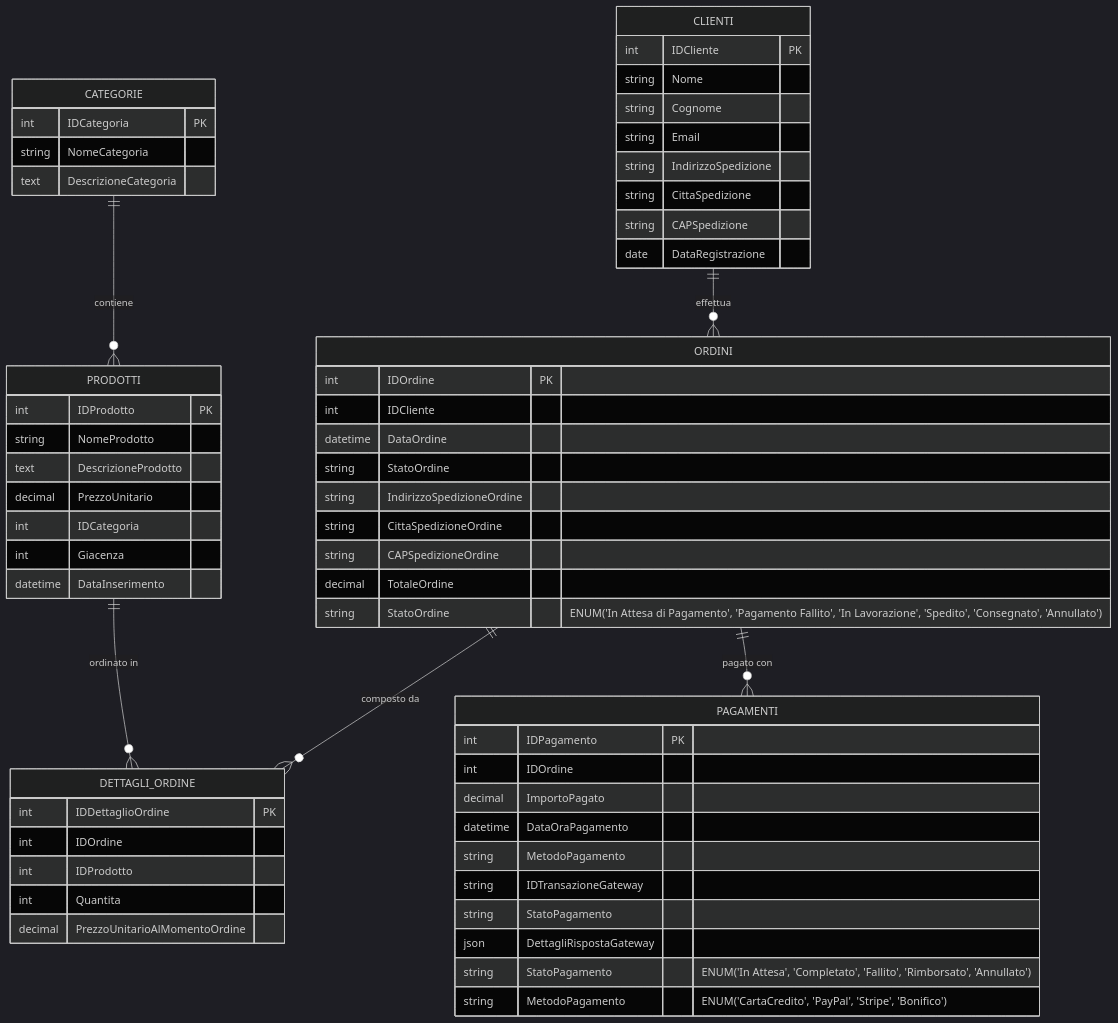
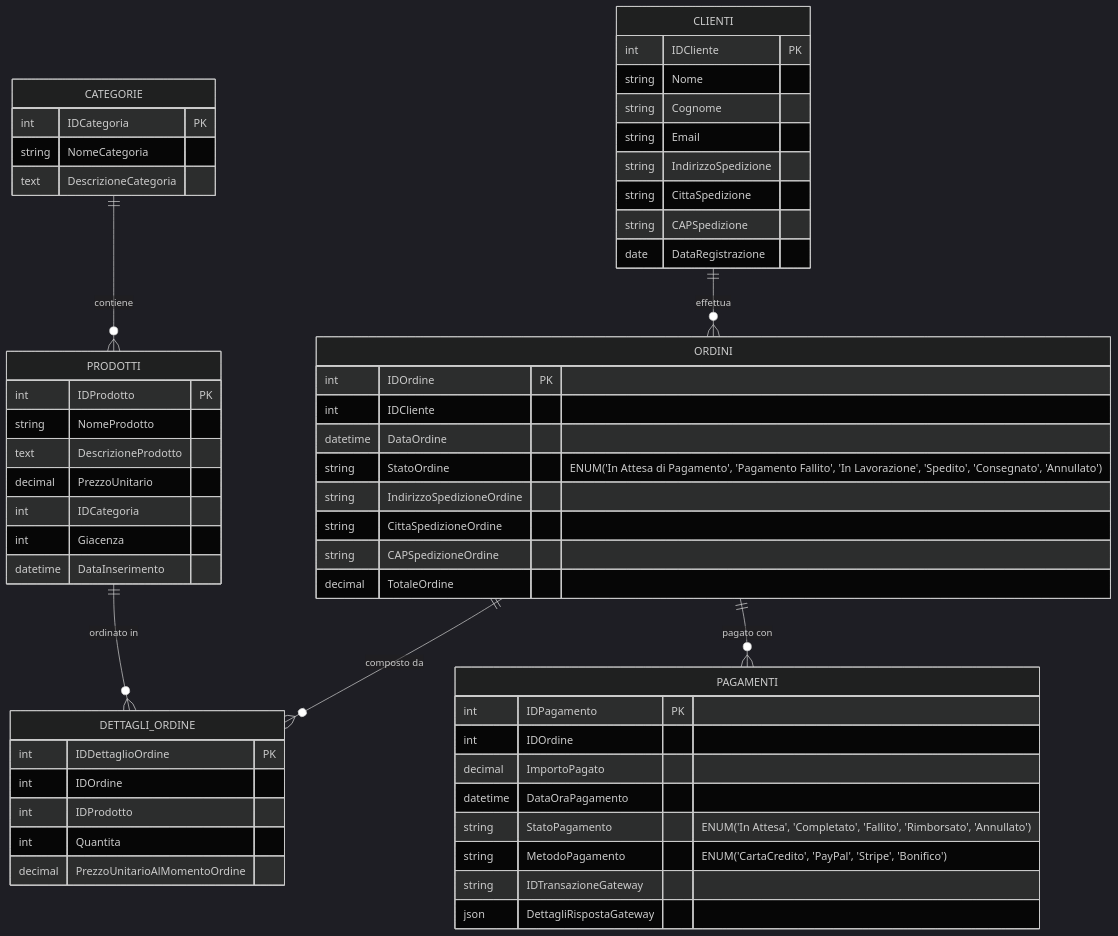
One commit to GreppiDev/Info5IA2425WebDev changed the diagram in sql/sql-docs/sql-cumulative-exercize-2/index.md. Above: the diagram before and after it, drawn with Mermaid (dark theme). The commit also changed 2 other files, not shown here.

Commit message:
Piccoli cambiamenti editoriali ai mermaid

````diff
--- a/sql/sql-docs/sql-cumulative-exercize-2/index.md
+++ b/sql/sql-docs/sql-cumulative-exercize-2/index.md
@@ -37,76 +37,67 @@
 ```mermaid
 erDiagram
     CLIENTI {
         int IDCliente PK
         string Nome
         string Cognome
         string Email
         string IndirizzoSpedizione
         string CittaSpedizione
         string CAPSpedizione
         date DataRegistrazione
     }
     
     CATEGORIE {
         int IDCategoria PK
         string NomeCategoria
         text DescrizioneCategoria
     }
     
     PRODOTTI {
         int IDProdotto PK
         string NomeProdotto
         text DescrizioneProdotto
         decimal PrezzoUnitario
         int IDCategoria
         int Giacenza
         datetime DataInserimento
     }
     
     ORDINI {
         int IDOrdine PK
         int IDCliente
         datetime DataOrdine
-        string StatoOrdine
+        string StatoOrdine "ENUM('In Attesa di Pagamento', 'Pagamento Fallito', 'In Lavorazione', 'Spedito', 'Consegnato', 'Annullato')"
         string IndirizzoSpedizioneOrdine
         string CittaSpedizioneOrdine
         string CAPSpedizioneOrdine
         decimal TotaleOrdine
     }
     
     DETTAGLI_ORDINE {
         int IDDettaglioOrdine PK
         int IDOrdine
         int IDProdotto
         int Quantita
         decimal PrezzoUnitarioAlMomentoOrdine
     }
     
     PAGAMENTI {
         int IDPagamento PK
         int IDOrdine
         decimal ImportoPagato
         datetime DataOraPagamento
-        string MetodoPagamento
+        string StatoPagamento "ENUM('In Attesa', 'Completato', 'Fallito', 'Rimborsato', 'Annullato')"
+        string MetodoPagamento "ENUM('CartaCredito', 'PayPal', 'Stripe', 'Bonifico')"
         string IDTransazioneGateway
-        string StatoPagamento
         json DettagliRispostaGateway
     }
     
     %% Relazioni
     CLIENTI ||--o{ ORDINI : "effettua"
     CATEGORIE ||--o{ PRODOTTI : "contiene"
     ORDINI ||--o{ DETTAGLI_ORDINE : "composto da"
     PRODOTTI ||--o{ DETTAGLI_ORDINE : "ordinato in"
     ORDINI ||--o{ PAGAMENTI : "pagato con"
     
-    %% Note sui vincoli principali
-    ORDINI {
-        string StatoOrdine "ENUM('In Attesa di Pagamento', 'Pagamento Fallito', 'In Lavorazione', 'Spedito', 'Consegnato', 'Annullato')"
-    }
-    
-    PAGAMENTI {
-        string StatoPagamento "ENUM('In Attesa', 'Completato', 'Fallito', 'Rimborsato', 'Annullato')"
-        string MetodoPagamento "ENUM('CartaCredito', 'PayPal', 'Stripe', 'Bonifico')"
-    }
 ```
````
